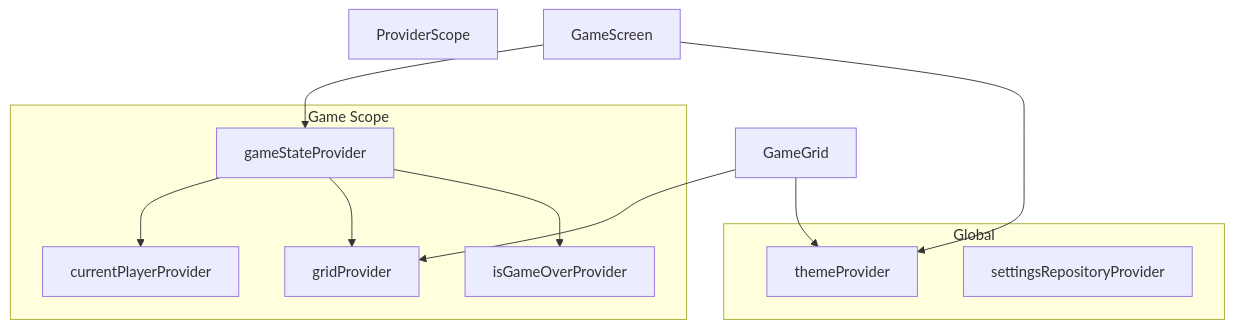
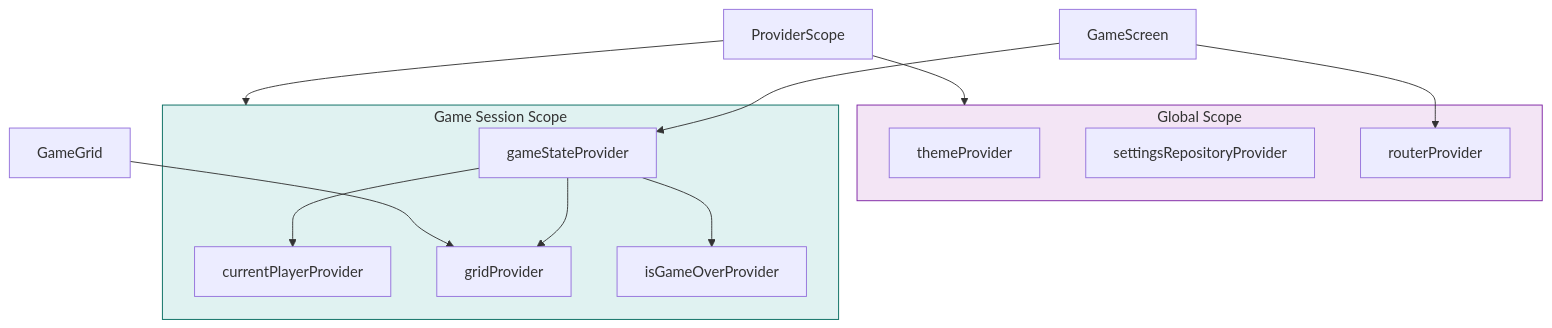
Before and after one commit to saatvik333/chain-reaction-reborn: the fourth of 5 diagrams in architecture.md, drawn with Mermaid. The commit also changed other lines of this file and 20 other files, not shown here.

````diff
--- a/architecture.md
+++ b/architecture.md
@@ -114,23 +122,25 @@
 ```mermaid
-graph TD
-    Root[ProviderScope]
-    
-    subgraph "Global"
+flowchart TD
+    Root[ProviderScope] --> Global
+    Root --> GameScope
+
+    subgraph Global["Global Scope"]
         Theme[themeProvider]
         Settings[settingsRepositoryProvider]
+        Router[routerProvider]
     end
 
-    subgraph "Game Scope"
+    subgraph GameScope["Game Session Scope"]
         Game[gameStateProvider]
-        
         Game --> Players[currentPlayerProvider]
         Game --> Grid[gridProvider]
         Game --> Status[isGameOverProvider]
     end
 
-    UI[GameScreen] --> Game
-    UI --> Theme
+    GameScreen --> Game
+    GameScreen --> Router
+    GameGrid --> Grid
     
-    GridWidget[GameGrid] --> Grid
-    GridWidget --> Theme
+    style Global fill:#f3e5f5,stroke:#7b1fa2
+    style GameScope fill:#e0f2f1,stroke:#00695c
 ```
````
